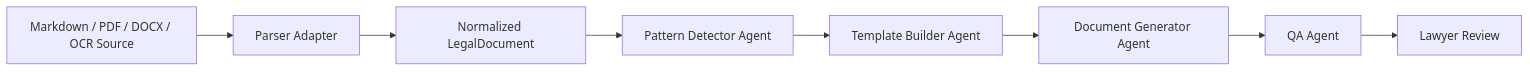
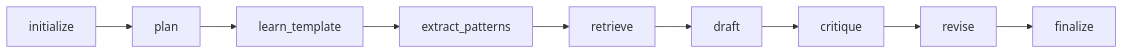
One commit to HamzaAhmedKhan786/legal-pattern-learning-agent changed the third of 7 diagrams in legal_pattern_system/docs/architecture.md. Above: the diagram before and after it, drawn with Mermaid. The commit also changed other lines of this file and 26 other files, not shown here.

````diff
--- a/legal_pattern_system/docs/architecture.md
+++ b/legal_pattern_system/docs/architecture.md
@@ -14,10 +146,11 @@
 ```mermaid
 flowchart LR
-    A["Markdown / PDF / DOCX / OCR Source"] --> B["Parser Adapter"]
-    B --> C["Normalized LegalDocument"]
-    C --> D["Pattern Detector Agent"]
-    D --> E["Template Builder Agent"]
-    E --> F["Document Generator Agent"]
-    F --> G["QA Agent"]
-    G --> H["Lawyer Review"]
+    Init["initialize"] --> Plan["plan"]
+    Plan --> Learn["learn_template"]
+    Learn --> Pattern["extract_patterns"]
+    Pattern --> Retrieve["retrieve"]
+    Retrieve --> Draft["draft"]
+    Draft --> Critique["critique"]
+    Critique --> Revise["revise"]
+    Revise --> Finalize["finalize"]
 ```
````
